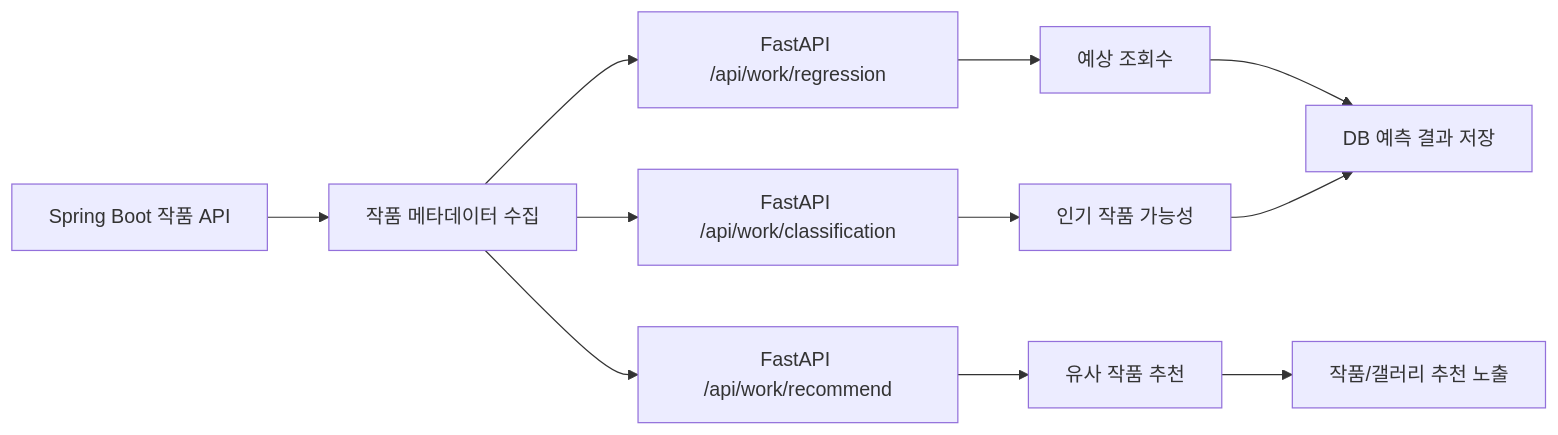
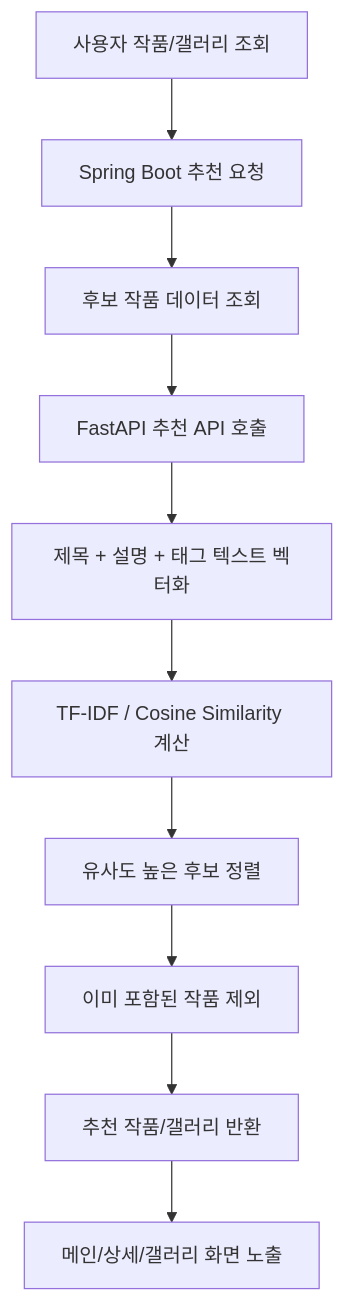
The second of 5 diagrams in README.md (chanho8629-lgtm/ec2), drawn with Mermaid before and after one commit. The commit also changed other lines of this file, not shown here.

Commit message:
docs: improve erd and process diagrams

````diff
--- a/README.md
+++ b/README.md
@@ -178,13 +205,12 @@
 ```mermaid
-flowchart LR
-    A[Spring Boot 작품 API] --> B[작품 메타데이터 수집]
-    B --> C[FastAPI /api/work/regression]
-    B --> D[FastAPI /api/work/classification]
-    B --> E[FastAPI /api/work/recommend]
-    C --> F[예상 조회수]
-    D --> G[인기 작품 가능성]
-    E --> H[유사 작품 추천]
-    F --> I[DB 예측 결과 저장]
-    G --> I
-    H --> J[작품/갤러리 추천 노출]
+flowchart TD
+    A[사용자 작품/갤러리 조회] --> B[Spring Boot 추천 요청]
+    B --> C[후보 작품 데이터 조회]
+    C --> D[FastAPI 추천 API 호출]
+    D --> E[제목 + 설명 + 태그 텍스트 벡터화]
+    E --> F[TF-IDF / Cosine Similarity 계산]
+    F --> G[유사도 높은 후보 정렬]
+    G --> H[이미 포함된 작품 제외]
+    H --> I[추천 작품/갤러리 반환]
+    I --> J[메인/상세/갤러리 화면 노출]
 ```
````
